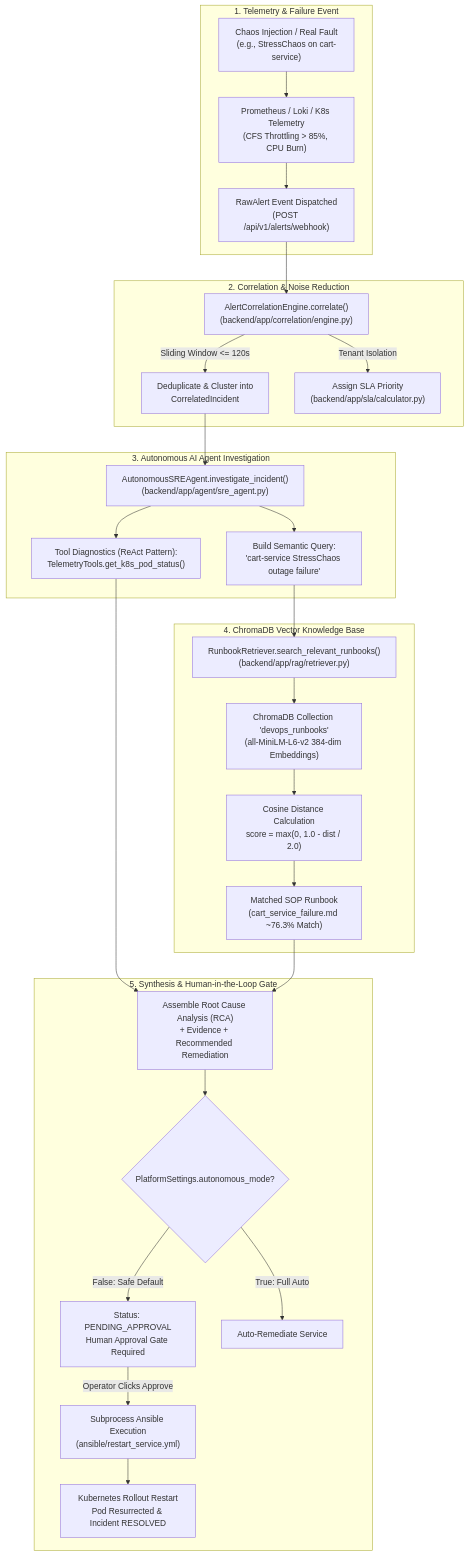
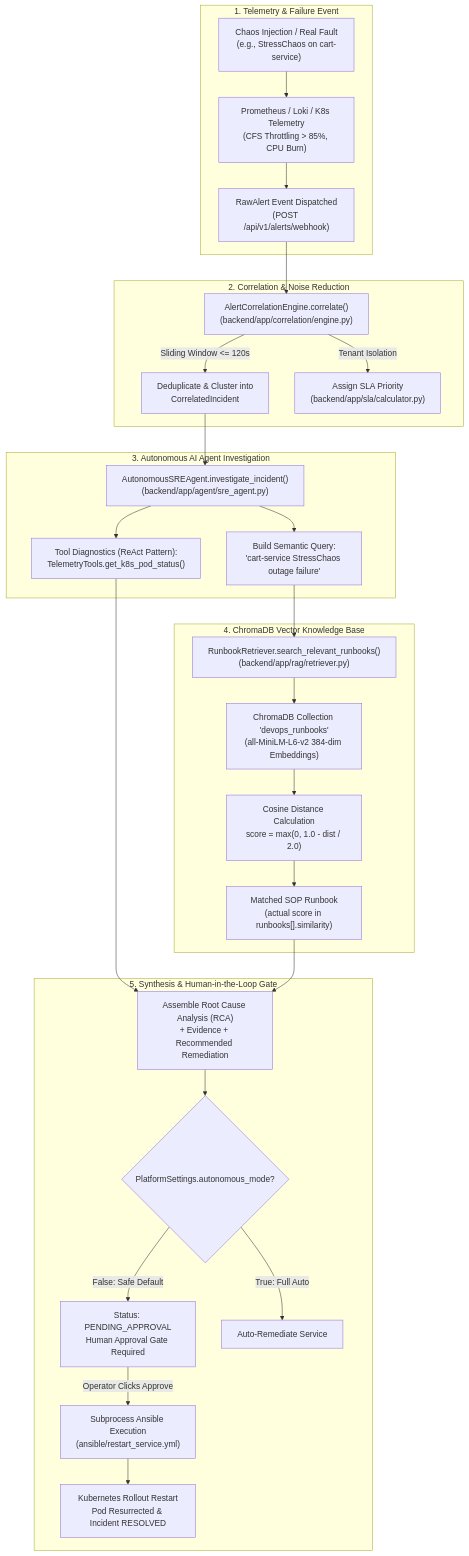
One commit to neiorz/AIOps_project changed the diagram in AI_UNDERSTANDING.md. Above: the diagram before and after it, drawn with Mermaid. The commit also changed other lines of this file and 8 other files, not shown here.

````diff
--- a/AI_UNDERSTANDING.md
+++ b/AI_UNDERSTANDING.md
@@ -38,36 +40,36 @@
 ```mermaid
 flowchart TD
     subgraph S1["1. Telemetry & Failure Event"]
         A["Chaos Injection / Real Fault<br/>(e.g., StressChaos on cart-service)"] --> B["Prometheus / Loki / K8s Telemetry<br/>(CFS Throttling > 85%, CPU Burn)"]
         B --> C["RawAlert Event Dispatched<br/>(POST /api/v1/alerts/webhook)"]
     end
 
     subgraph S2["2. Correlation & Noise Reduction"]
         C --> D["AlertCorrelationEngine.correlate()<br/>(backend/app/correlation/engine.py)"]
         D -->|Sliding Window <= 120s| E["Deduplicate & Cluster into<br/>CorrelatedIncident"]
         D -->|Tenant Isolation| F["Assign SLA Priority<br/>(backend/app/sla/calculator.py)"]
     end
 
     subgraph S3["3. Autonomous AI Agent Investigation"]
         E --> G["AutonomousSREAgent.investigate_incident()<br/>(backend/app/agent/sre_agent.py)"]
         G --> H["Build Semantic Query:<br/>'cart-service StressChaos outage failure'"]
         G --> I["Tool Diagnostics (ReAct Pattern):<br/>TelemetryTools.get_k8s_pod_status()"]
     end
 
     subgraph S4["4. ChromaDB Vector Knowledge Base"]
         H --> J["RunbookRetriever.search_relevant_runbooks()<br/>(backend/app/rag/retriever.py)"]
         J --> K["ChromaDB Collection 'devops_runbooks'<br/>(all-MiniLM-L6-v2 384-dim Embeddings)"]
         K --> L["Cosine Distance Calculation<br/>score = max(0, 1.0 - dist / 2.0)"]
-        L --> M["Matched SOP Runbook<br/>(cart_service_failure.md ~76.3% Match)"]
+        L --> M["Matched SOP Runbook<br/>(actual score in runbooks[].similarity)"]
     end
 
     subgraph S5["5. Synthesis & Human-in-the-Loop Gate"]
         I --> N["Assemble Root Cause Analysis (RCA)<br/>+ Evidence + Recommended Remediation"]
         M --> N
         N --> O{"PlatformSettings.autonomous_mode?"}
         O -->|False: Safe Default| P["Status: PENDING_APPROVAL<br/>Human Approval Gate Required"]
         O -->|True: Full Auto| Q["Auto-Remediate Service"]
         P -->|Operator Clicks Approve| R["Subprocess Ansible Execution<br/>(ansible/restart_service.yml)"]
         R --> S["Kubernetes Rollout Restart<br/>Pod Resurrected & Incident RESOLVED"]
     end
 ```
````
